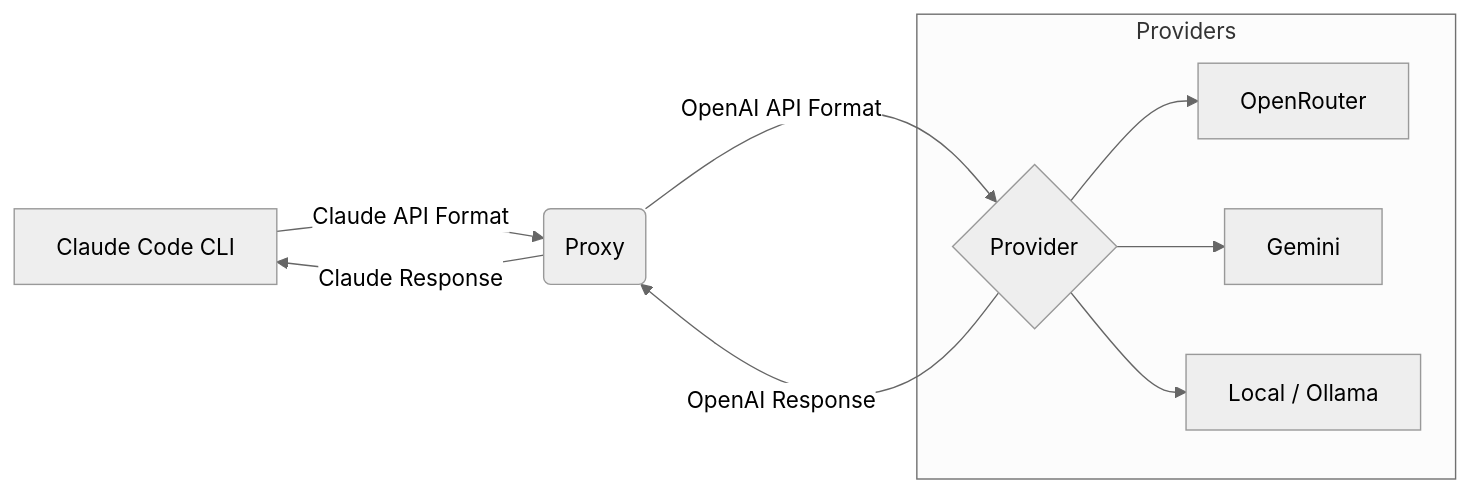
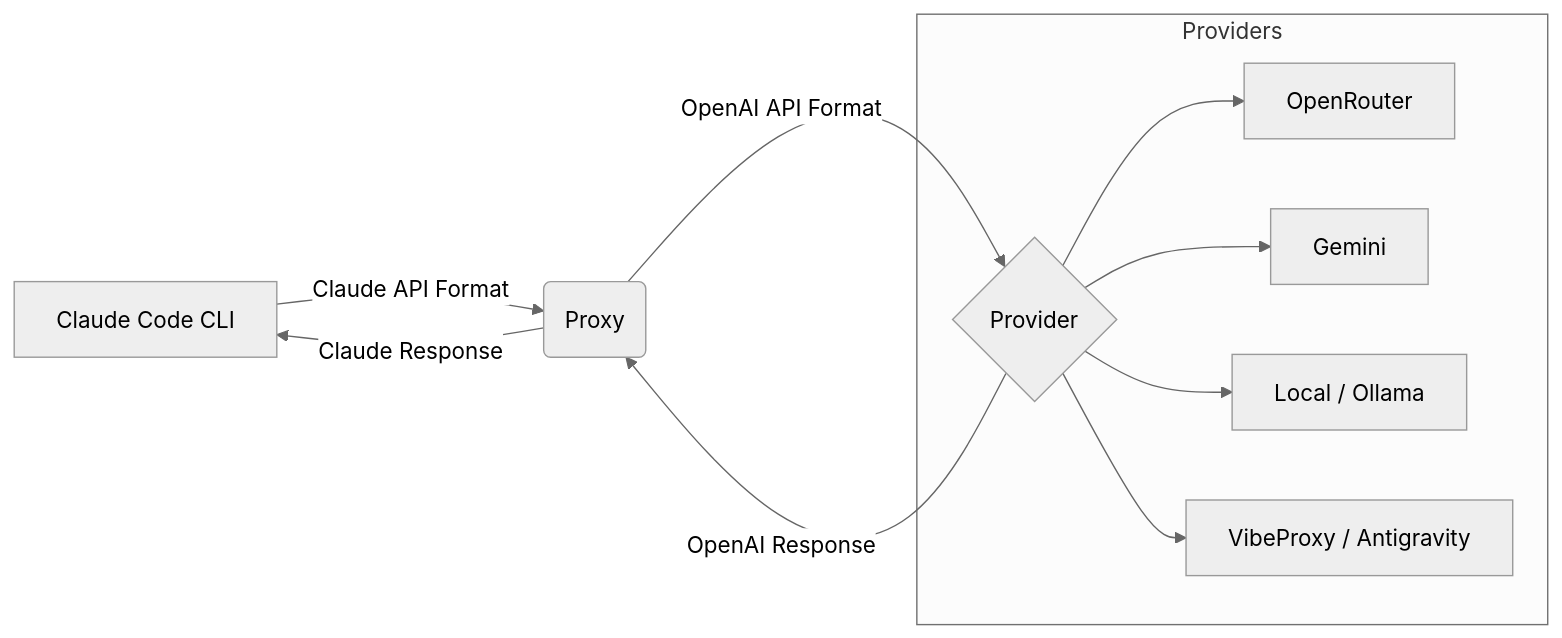
Before and after one commit to aaaronmiller/claude-code-proxy: the diagram in README.md, drawn with Mermaid (neutral theme). The commit also changed other lines of this file and 32 other files, not shown here.

````diff
--- a/README.md
+++ b/README.md
@@ -78,13 +116,14 @@
 ```mermaid
 graph LR
     A[Claude Code CLI] -->|Claude API Format| B(Proxy)
     B -->|OpenAI API Format| C{Provider}
     C -->|OpenAI Response| B
     B -->|Claude Response| A
-    
+
     subgraph Providers
     C --> D[OpenRouter]
     C --> E[Gemini]
     C --> F[Local / Ollama]
+    C --> G[VibeProxy / Antigravity]
     end
 ```
````
